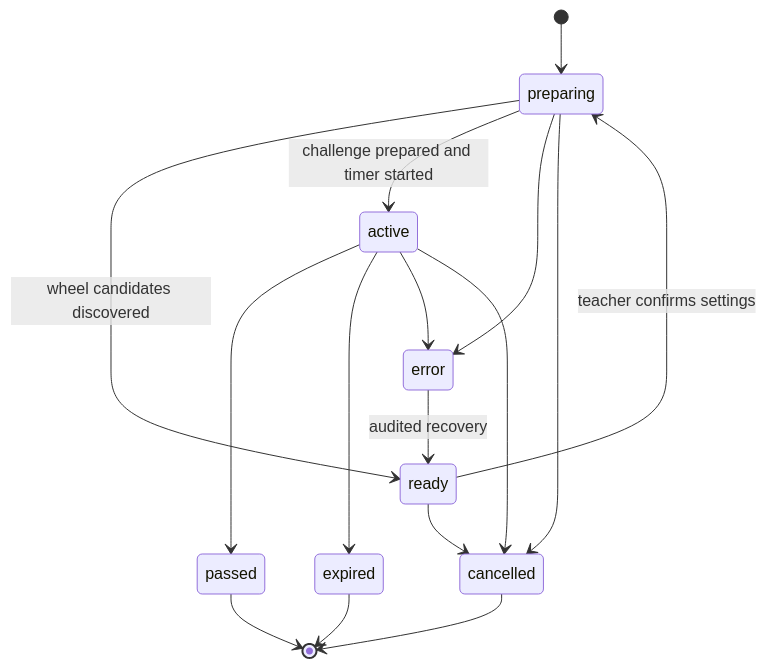
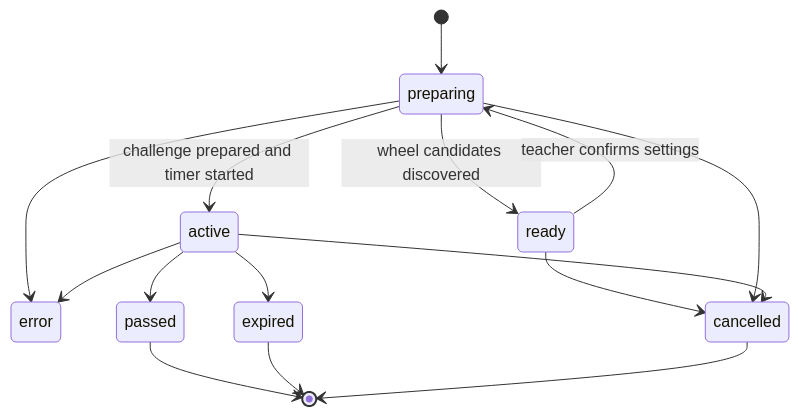
Before and after one commit to JO-IK1/CppDefense: the fifth of 7 diagrams in docs/ARCHITECTURE.md, drawn with Mermaid. The commit also changed other lines of this file and 52 other files, not shown here.

Commit message:
fix: stabilize defense flow and improve student workspace

````diff
--- a/docs/ARCHITECTURE.md
+++ b/docs/ARCHITECTURE.md
@@ -198,18 +201,17 @@
 ```mermaid
 stateDiagram-v2
   [*] --> preparing
   preparing --> ready: wheel candidates discovered
   ready --> preparing: teacher confirms settings
   preparing --> active: challenge prepared and timer started
   preparing --> error
   active --> passed
   active --> expired
   active --> error
   ready --> cancelled
   preparing --> cancelled
   active --> cancelled
-  error --> ready: audited recovery
   passed --> [*]
   expired --> [*]
   cancelled --> [*]
 ```
````
